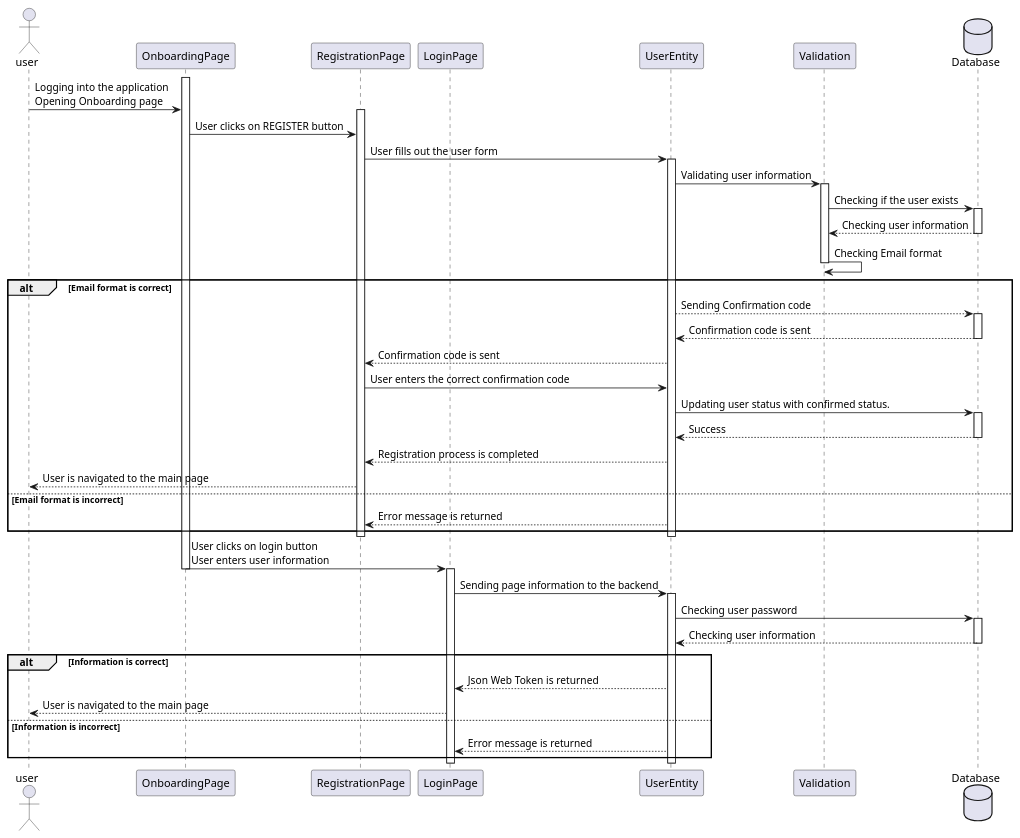
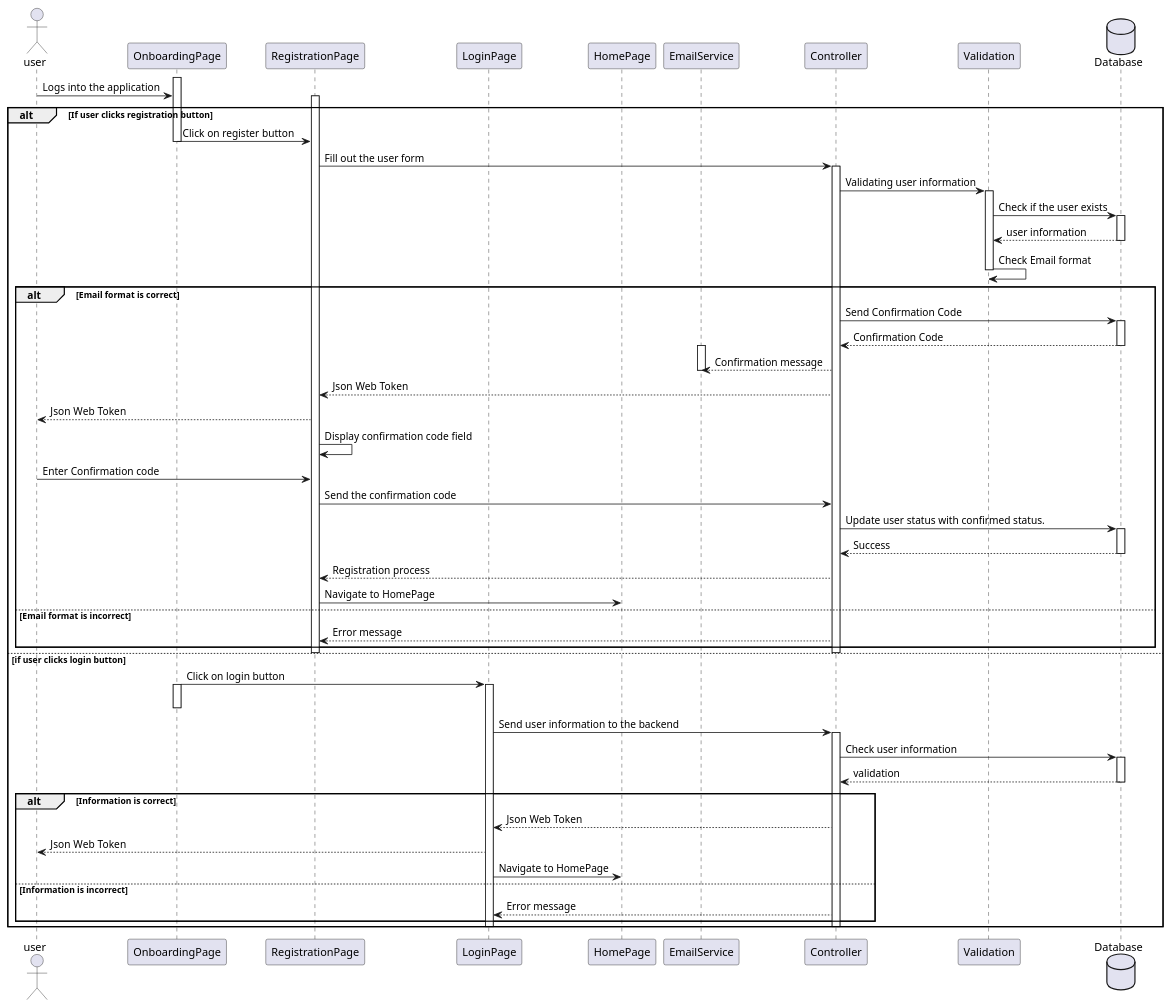
Before and after one commit to bartucank/mlm: the diagram in docs/umlDiagrams/Sequence Diagrams/registration.puml, drawn with PlantUML. The commit also changed 35 other files, not shown here.

Commit message:
Room Services + UML Diagrams

```diff
--- a/docs/umlDiagrams/Sequence Diagrams/registration.puml
+++ b/docs/umlDiagrams/Sequence Diagrams/registration.puml
@@ -1,65 +1,78 @@
 @startuml
 actor user as User
 participant OnboardingPage as OnboardingPage
 participant RegistrationPage as RegistrationPage
 participant LoginPage as LoginPage
-participant UserEntity as UserEntity
+participant HomePage as Home
+participant EmailService as EmailS
+participant Controller as UserEntity
 participant Validation as Validation
 database Database
 
 activate OnboardingPage
-User -> OnboardingPage: Logging into the application\nOpening Onboarding page
+User -> OnboardingPage: Logs into the application
 activate RegistrationPage
+alt If user clicks registration button
+    OnboardingPage -> RegistrationPage: Click on register button
+    deactivate OnboardingPage
+    RegistrationPage -> UserEntity: Fill out the user form
+    activate UserEntity
 
-OnboardingPage -> RegistrationPage: User clicks on REGISTER button
-RegistrationPage -> UserEntity: User fills out the user form
-activate UserEntity
+    UserEntity -> Validation: Validating user information 
+    activate Validation
+    Validation -> Database: Check if the user exists
+    activate Database
+    Database --> Validation:  user information
+    deactivate Database
 
-UserEntity -> Validation: Validating user information 
-activate Validation
-Validation -> Database: Checking if the user exists
-activate Database
-Database --> Validation: Checking user information
-deactivate Database
+    Validation -> Validation : Check Email format
 
-Validation -> Validation : Checking Email format
+    deactivate Validation
 
-deactivate Validation
-
-alt Email format is correct
-    UserEntity --> Database: Sending Confirmation code
+    alt Email format is correct
+        UserEntity -> Database: Send Confirmation Code
+        activate Database
+        Database --> UserEntity:  Confirmation Code
+        deactivate Database
+        activate EmailS
+        UserEntity --> EmailS:  Confirmation message 
+        deactivate EmailS
+        
+        UserEntity --> RegistrationPage:  Json Web Token
+        RegistrationPage --> User:  Json Web Token
+        RegistrationPage -> RegistrationPage: Display confirmation code field
+        User -> RegistrationPage: Enter Confirmation code
+        RegistrationPage -> UserEntity: Send the confirmation code
+        UserEntity -> Database: Update user status with confirmed status.
+        activate Database
+        Database --> UserEntity:  Success
+        deactivate Database
+        UserEntity --> RegistrationPage:  Registration process
+        RegistrationPage -> Home: Navigate to HomePage
+    else Email format is incorrect
+        UserEntity --> RegistrationPage:  Error message
+    end
+    deactivate UserEntity
+    deactivate RegistrationPage
+else if user clicks login button
+    OnboardingPage -> LoginPage: Click on login button
+    activate OnboardingPage
+    deactivate OnboardingPage
+    activate LoginPage
+    LoginPage -> UserEntity: Send user information to the backend
+    activate UserEntity
+    UserEntity -> Database: Check user information
     activate Database
-    Database --> UserEntity: Confirmation code is sent
+    Database --> UserEntity:  validation
     deactivate Database
-    UserEntity --> RegistrationPage: Confirmation code is sent
-    RegistrationPage -> UserEntity: User enters the correct confirmation code
-    UserEntity -> Database: Updating user status with confirmed status.
-    activate Database
-    Database --> UserEntity: Success
-    deactivate Database
-    UserEntity --> RegistrationPage: Registration process is completed
-    RegistrationPage --> User: User is navigated to the main page
-else Email format is incorrect
-    UserEntity --> RegistrationPage: Error message is returned
+    alt Information is correct
+        UserEntity --> LoginPage:  Json Web Token
+        LoginPage --> User:  Json Web Token
+        LoginPage -> Home: Navigate to HomePage
+    else Information is incorrect
+        UserEntity --> LoginPage:  Error message 
+    end
+    deactivate UserEntity
+    deactivate LoginPage
 end
-deactivate UserEntity
-deactivate RegistrationPage
-
-OnboardingPage -> LoginPage: User clicks on login button\nUser enters user information
-deactivate OnboardingPage
-activate LoginPage
-LoginPage -> UserEntity: Sending page information to the backend
-activate UserEntity
-UserEntity -> Database: Checking user password
-activate Database
-Database --> UserEntity: Checking user information
-deactivate Database
-alt Information is correct
-    UserEntity --> LoginPage: Json Web Token is returned
-    LoginPage --> User: User is navigated to the main page
-else Information is incorrect
-    UserEntity --> LoginPage: Error message is returned
-end
-deactivate UserEntity
-deactivate LoginPage
 @enduml
```
